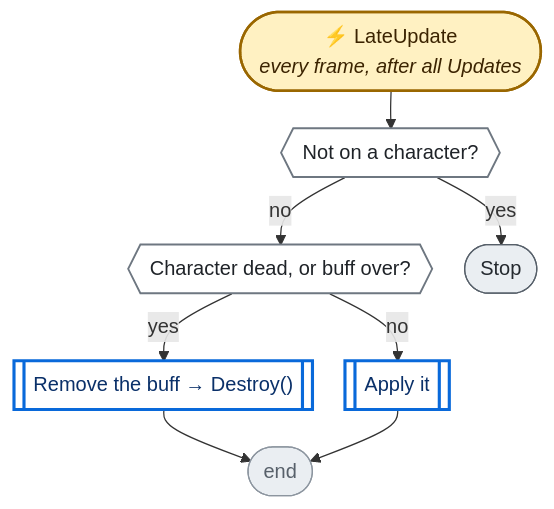
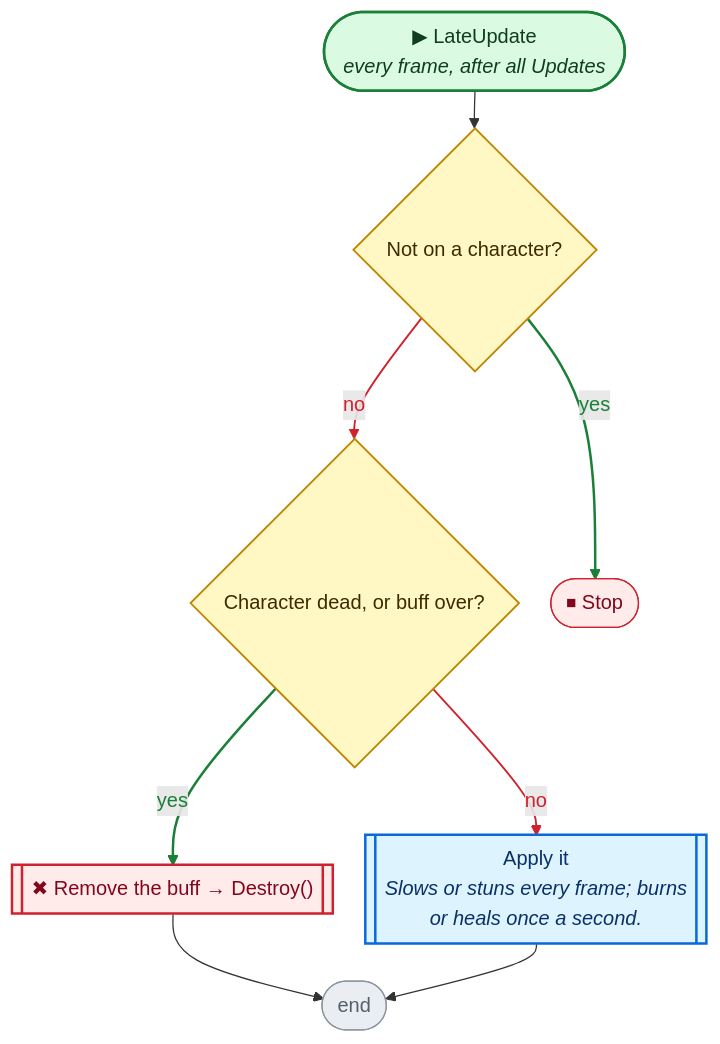
One commit to nataiai/Lord-of-the-Dungeon changed the fourth of 5 diagrams in CodeGraph~/graph/BuffEffect.cs.md. Above: the diagram before and after it, drawn with Mermaid. The commit also changed other lines of this file and 44 other files, not shown here.

````diff
--- a/CodeGraph~/graph/BuffEffect.cs.md
+++ b/CodeGraph~/graph/BuffEffect.cs.md
@@ -151,39 +160,48 @@
 ```mermaid
 ---
 config:
   flowchart:
     wrappingWidth: 260
     nodeSpacing: 26
     rankSpacing: 30
 ---
 flowchart TD
-  nS(["⚡ LateUpdate<br><i>every frame, after all Updates</i>"])
-  n6ee3b6{{"Not on a character?"}}
-  n08a28c{{"Character dead, or buff over?"}}
-  n0f111a[["Remove the buff → Destroy()"]]
-  nf0509f[["Apply it"]]
+  nS(["▶ LateUpdate<br><i>every frame, after all Updates</i>"])
+  n6ee3b6{"Not on a character?"}
+  n08a28c{"Character dead, or buff over?"}
+  n0f111a[["✖ Remove the buff → Destroy()"]]
+  nf0509f[["Apply it<br><i>Slows or stuns every frame; burns</i><br><i>or heals once a second.</i>"]]
   nE(["end"])
-  nb2e4fc(["Stop"])
+  nb2e4fc(["⏹ Stop"])
   nS --> n6ee3b6
   n6ee3b6 -->|no| n08a28c
   n6ee3b6 -->|yes| nb2e4fc
   n08a28c -->|yes| n0f111a
   n08a28c -->|no| nf0509f
   n0f111a --> nE
   nf0509f --> nE
-  classDef unity fill:#fff1c2,stroke:#9a6700,stroke-width:2px,color:#3b2300
-  classDef start fill:#ddf4ff,stroke:#0969da,stroke-width:2px,color:#0a3069
-  classDef calc fill:#f6f8fa,stroke:#d0d7de,color:#57606a
-  classDef calls fill:#ffffff,stroke:#0969da,stroke-width:2.5px,color:#0a3069
-  classDef cond fill:#ffffff,stroke:#6e7781,stroke-width:1.5px,color:#1f2328
-  classDef loop fill:#fbefff,stroke:#8250df,color:#3e1f79
-  classDef exit fill:#eaeef2,stroke:#57606a,color:#24292f
-  classDef wait fill:#fff8f0,stroke:#bc4c00,color:#4d1d00
+  linkStyle 1 stroke:#cf222e,stroke-width:1.5px,color:#cf222e
+  linkStyle 2 stroke:#1a7f37,stroke-width:2px,color:#1a7f37
+  linkStyle 3 stroke:#1a7f37,stroke-width:2px,color:#1a7f37
+  linkStyle 4 stroke:#cf222e,stroke-width:1.5px,color:#cf222e
+  classDef unity fill:#dafbe1,stroke:#1a7f37,stroke-width:2px,color:#0f3d1d
+  classDef start fill:#dafbe1,stroke:#1a7f37,stroke-width:2px,color:#0f3d1d
+  classDef calc fill:#ffffff,stroke:#d0d7de,color:#57606a
+  classDef calls fill:#ddf4ff,stroke:#0969da,stroke-width:2px,color:#0a3069
+  classDef ext fill:#ddf4ff,stroke:#0969da,stroke-width:2px,stroke-dasharray:5 3,color:#0a3069
+  classDef cond fill:#fff8c5,stroke:#bf8700,stroke-width:1.5px,color:#3d2a00
+  classDef loop fill:#f6f8fa,stroke:#57606a,color:#1f2328
+  classDef exit fill:#ffebe9,stroke:#cf222e,color:#82071e
+  classDef kill fill:#ffebe9,stroke:#cf222e,stroke-width:2px,color:#82071e
+  classDef spawn fill:#dafbe1,stroke:#1a7f37,stroke-width:2px,color:#0f3d1d
+  classDef wait fill:#fff1e5,stroke:#bc4c00,color:#4d1d00
   classDef fin fill:#eaeef2,stroke:#8c959f,color:#57606a
   classDef join fill:#d0d7de,stroke:#8c959f,color:#57606a
-  class n0f111a,nf0509f calls
+  classDef ghdr fill:#f5f9ff,stroke:#f5f9ff,color:#0a3069,font-weight:bold
+  class nf0509f calls
   class n6ee3b6,n08a28c cond
   class nb2e4fc exit
   class nE fin
+  class n0f111a kill
   class nS unity
 ```
````
